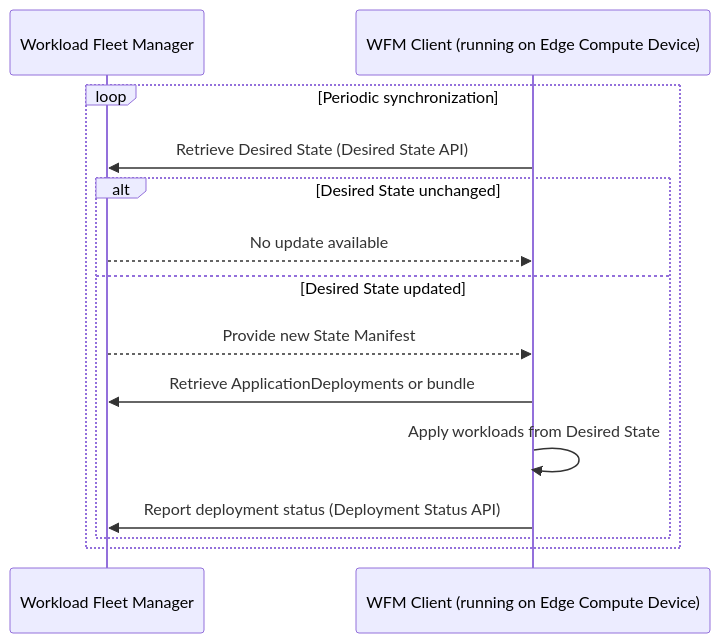
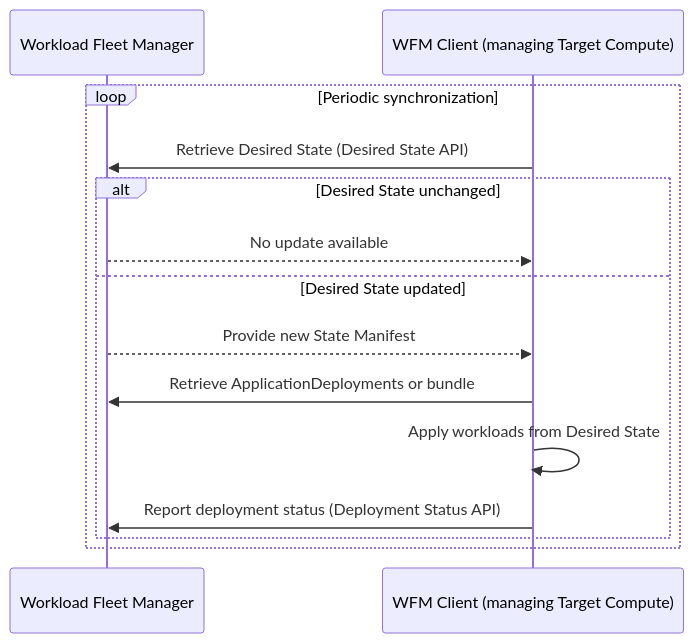
Before and after one commit to margo/general_website_content: the diagram in system-design/concepts/workload-fleet-managers/workload-deployment.md, drawn with Mermaid. The commit also changed other lines of this file and 11 other files, not shown here.

Commit message:
Initial changes for review moving from hardcoded "Device" to more generic Target name and Target compute surfaces. More changes to come, but want this chunk out for review at this time.

````diff
--- a/system-design/concepts/workload-fleet-managers/workload-deployment.md
+++ b/system-design/concepts/workload-fleet-managers/workload-deployment.md
@@ -94,18 +94,18 @@
 ```mermaid
 sequenceDiagram
     participant WFM as Workload Fleet Manager
-    participant Client as WFM Client (running on Edge Compute Device)
+    participant Client as WFM Client (managing Target Compute)
 
     loop Periodic synchronization
         Client->>WFM: Retrieve Desired State (Desired State API)
         alt Desired State unchanged
             WFM-->>Client: No update available
         else Desired State updated
             WFM-->>Client: Provide new State Manifest
             Client->>WFM: Retrieve ApplicationDeployments or bundle
             Client->>Client: Apply workloads from Desired State
             Client->>WFM: Report deployment status (Deployment Status API)
         end
     end
 
 ```
````
